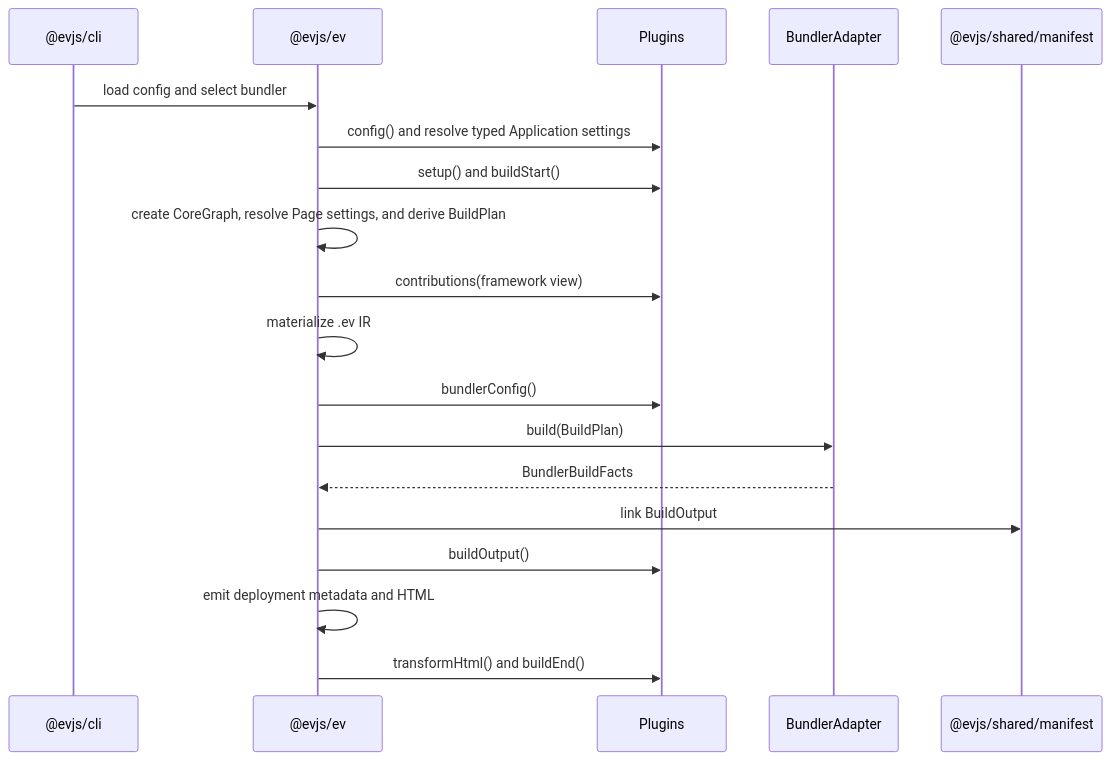
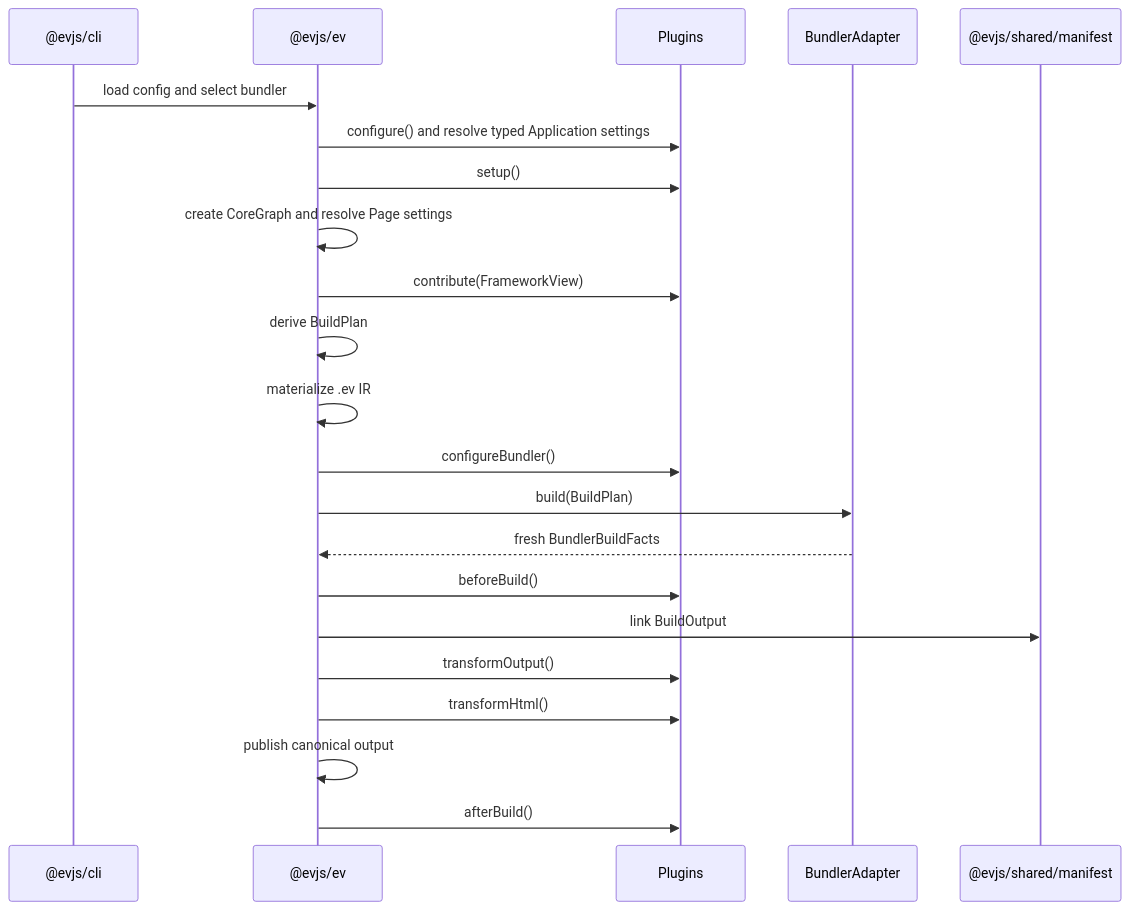
Before and after one commit to afx-team/evjs: the diagram in ARCHITECTURE.md, drawn with Mermaid. The commit also changed other lines of this file and 107 other files, not shown here.

````diff
--- a/ARCHITECTURE.md
+++ b/ARCHITECTURE.md
@@ -90,22 +90,25 @@
 ```mermaid
 sequenceDiagram
   participant CLI as @evjs/cli
   participant EV as @evjs/ev
   participant Plugin as Plugins
   participant Bundler as BundlerAdapter
   participant Shared as @evjs/shared/manifest
 
   CLI->>EV: load config and select bundler
-  EV->>Plugin: config() and resolve typed Application settings
-  EV->>Plugin: setup() and buildStart()
-  EV->>EV: create CoreGraph, resolve Page settings, and derive BuildPlan
-  EV->>Plugin: contributions(framework view)
+  EV->>Plugin: configure() and resolve typed Application settings
+  EV->>Plugin: setup()
+  EV->>EV: create CoreGraph and resolve Page settings
+  EV->>Plugin: contribute(FrameworkView)
+  EV->>EV: derive BuildPlan
   EV->>EV: materialize .ev IR
-  EV->>Plugin: bundlerConfig()
+  EV->>Plugin: configureBundler()
   EV->>Bundler: build(BuildPlan)
-  Bundler-->>EV: BundlerBuildFacts
+  Bundler-->>EV: fresh BundlerBuildFacts
+  EV->>Plugin: beforeBuild()
   EV->>Shared: link BuildOutput
-  EV->>Plugin: buildOutput()
-  EV->>EV: emit deployment metadata and HTML
-  EV->>Plugin: transformHtml() and buildEnd()
+  EV->>Plugin: transformOutput()
+  EV->>Plugin: transformHtml()
+  EV->>EV: publish canonical output
+  EV->>Plugin: afterBuild()
 ```
````
